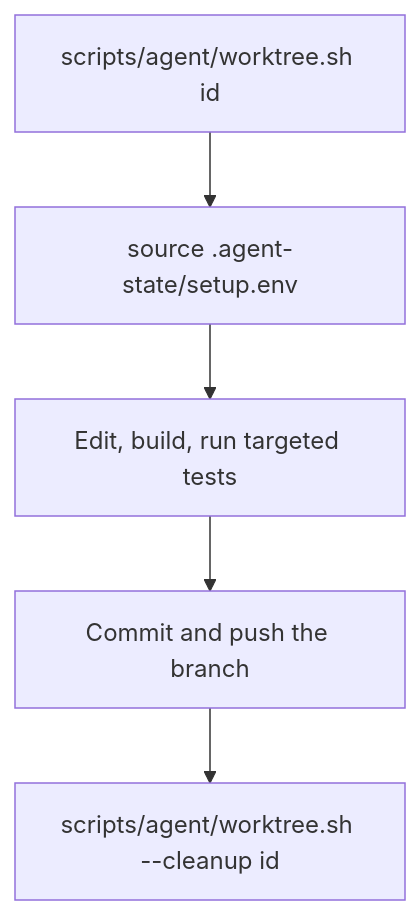
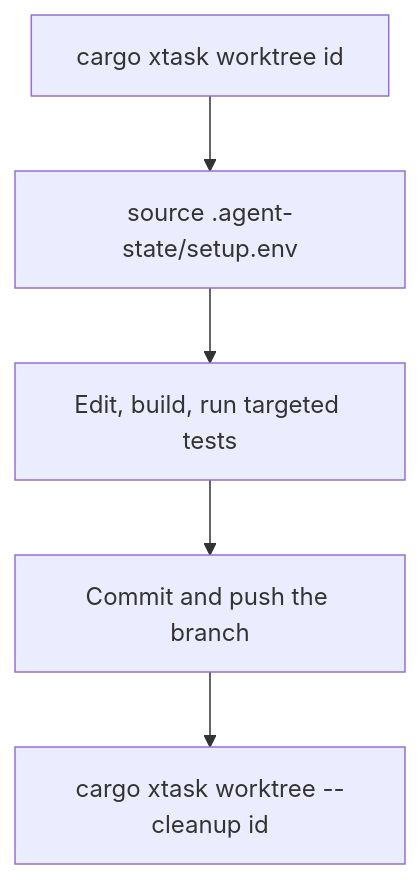
The diagram in docs/development.md (krsna1729/restream), drawn with Mermaid before and after one commit. The commit also changed other lines of this file and 146 other files, not shown here.

````diff
--- a/docs/development.md
+++ b/docs/development.md
@@ -115,7 +115,7 @@
 ```mermaid
 flowchart TD
-    Create["scripts/agent/worktree.sh id"] --> Env["source .agent-state/setup.env"]
+    Create["cargo xtask worktree id"] --> Env["source .agent-state/setup.env"]
     Env --> Work["Edit, build, run targeted tests"]
     Work --> Push["Commit and push the branch"]
-    Push --> Cleanup["scripts/agent/worktree.sh --cleanup id"]
+    Push --> Cleanup["cargo xtask worktree --cleanup id"]
 ```
````
